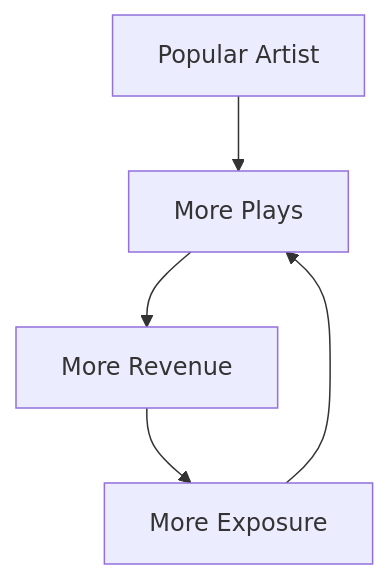
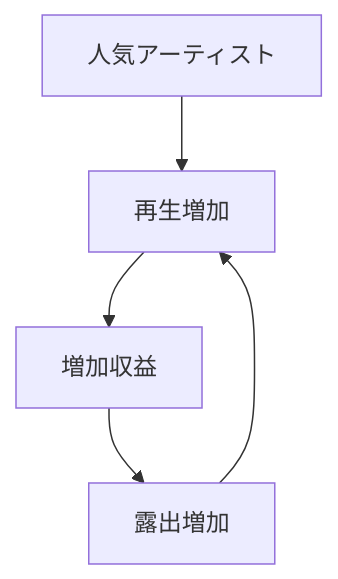
The fourth of 11 diagrams in docs/whitepaper/02-market.md (ShigeichiroYamasaki/creator-first-platform), drawn with Mermaid before and after one commit. The commit also changed other lines of this file and 72 other files, not shown here.

````diff
--- a/docs/whitepaper/02-market.md
+++ b/docs/whitepaper/02-market.md
@@ -155,8 +155,8 @@
 ```mermaid
 flowchart TD
-    P[Popular Artist]
-    P --> MORE[More Plays]
-    MORE --> REV[More Revenue]
-    REV --> EXP[More Exposure]
+    P[人気アーティスト]
+    P --> MORE[再生増加]
+    MORE --> REV[増加収益]
+    REV --> EXP[露出増加]
     EXP --> MORE
 ```
````
